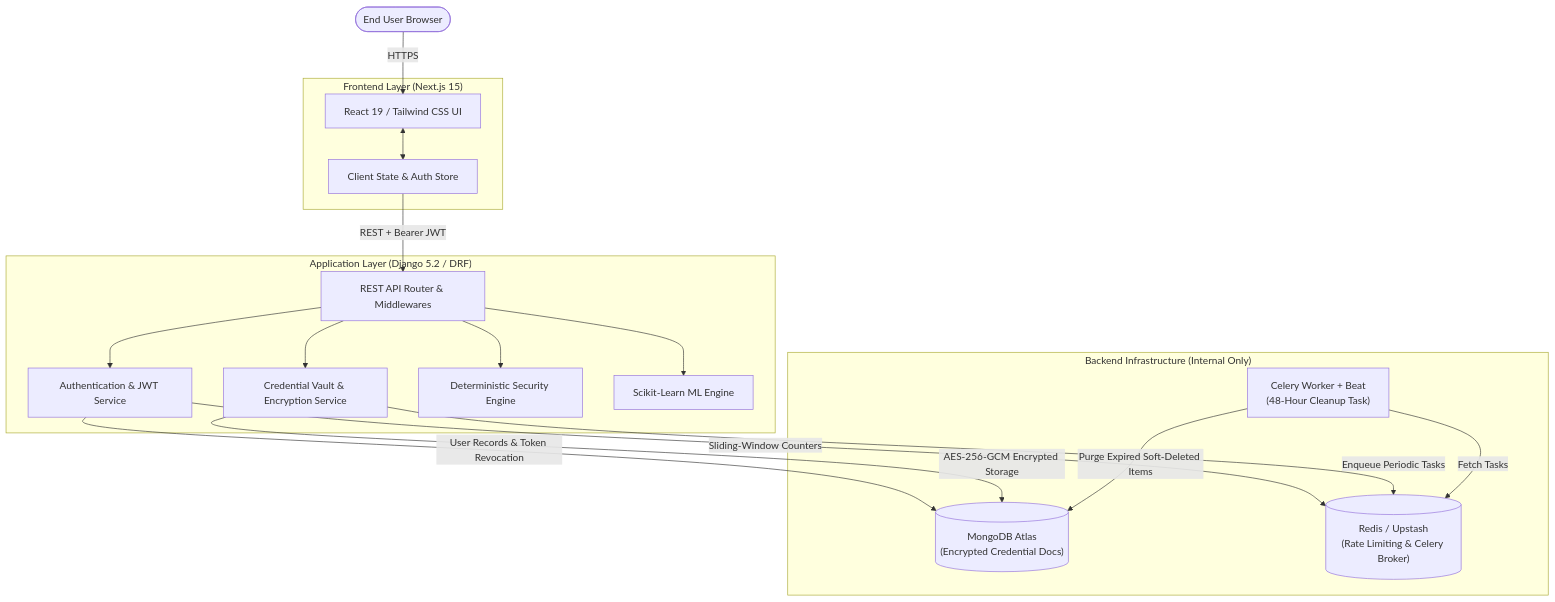
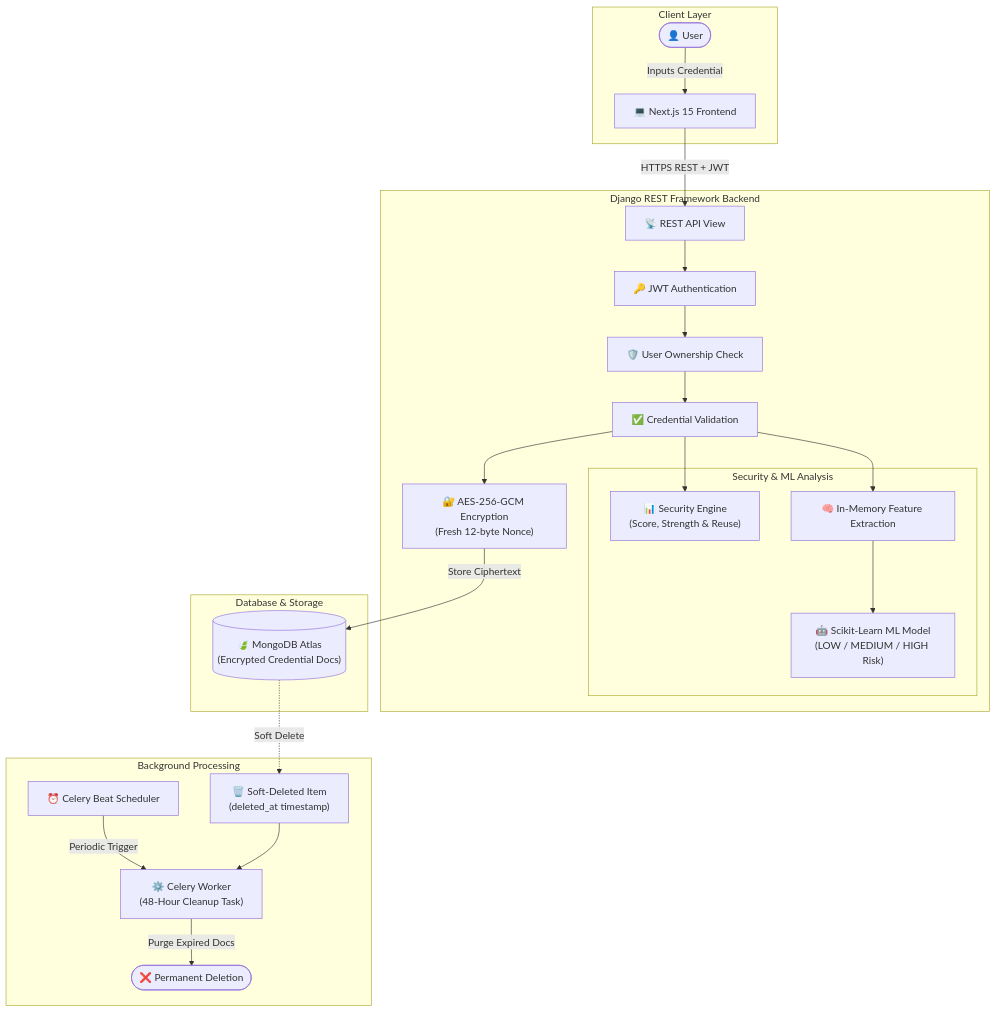
One commit to shubhamjrd4559-sudo/KeyVaultAI changed the diagram in README.md. Above: the diagram before and after it, drawn with Mermaid. The commit also changed other lines of this file, not shown here.

Commit message:
docs: simplify and redesign README for B.Tech project presentation with workflow diagram

````diff
--- a/README.md
+++ b/README.md
@@ -139,41 +63,49 @@
 ```mermaid
 flowchart TD
-    User([End User Browser])
-
-    subgraph Presentation ["Frontend Layer (Next.js 15)"]
-        UI["React 19 / Tailwind CSS UI"]
-        State["Client State & Auth Store"]
+    subgraph Client ["Client Layer"]
+        User(["👤 User"])
+        Next["💻 Next.js 15 Frontend"]
     end
 
-    subgraph Backend ["Application Layer (Django 5.2 / DRF)"]
-        API["REST API Router & Middlewares"]
-        AuthModule["Authentication & JWT Service"]
-        VaultModule["Credential Vault & Encryption Service"]
-        SecModule["Deterministic Security Engine"]
-        MLModule["Scikit-Learn ML Engine"]
+    subgraph Backend ["Django REST Framework Backend"]
+        API["📡 REST API View"]
+        JWT["🔑 JWT Authentication"]
+        Owner["🛡️ User Ownership Check"]
+        Val["✅ Credential Validation"]
+        
+        subgraph Security ["Security & ML Analysis"]
+            Sec["📊 Security Engine\n(Score, Strength & Reuse)"]
+            MLFeat["🧠 In-Memory Feature Extraction"]
+            MLModel["🤖 Scikit-Learn ML Model\n(LOW / MEDIUM / HIGH Risk)"]
+        end
+        
+        Crypto["🔐 AES-256-GCM Encryption\n(Fresh 12-byte Nonce)"]
     end
 
-    subgraph Persistence ["Backend Infrastructure (Internal Only)"]
-        Mongo[("MongoDB Atlas\n(Encrypted Credential Docs)")]
-        RedisCache[("Redis / Upstash\n(Rate Limiting & Celery Broker)")]
-        Worker["Celery Worker + Beat\n(48-Hour Cleanup Task)"]
+    subgraph Storage ["Database & Storage"]
+        Atlas[("🍃 MongoDB Atlas\n(Encrypted Credential Docs)")]
     end
 
-    User -->|HTTPS| UI
-    UI <--> State
-    State -->|REST + Bearer JWT| API
-    
-    API --> AuthModule
-    API --> VaultModule
-    API --> SecModule
-    API --> MLModule
+    subgraph Background ["Background Processing"]
+        SoftDel["🗑️ Soft-Deleted Item\n(deleted_at timestamp)"]
+        Beat["⏰ Celery Beat Scheduler"]
+        Worker["⚙️ Celery Worker\n(48-Hour Cleanup Task)"]
+        Purge(["❌ Permanent Deletion"])
+    end
 
-    AuthModule -->|User Records & Token Revocation| Mongo
-    AuthModule -->|Sliding-Window Counters| RedisCache
+    User -->|Inputs Credential| Next
+    Next -->|HTTPS REST + JWT| API
+    API --> JWT
+    JWT --> Owner
+    Owner --> Val
+    Val --> Sec
+    Val --> MLFeat
+    MLFeat --> MLModel
+    Val --> Crypto
+    Crypto -->|Store Ciphertext| Atlas
 
-    VaultModule -->|AES-256-GCM Encrypted Storage| Mongo
-    VaultModule -->|Enqueue Periodic Tasks| RedisCache
-
-    Worker -->|Fetch Tasks| RedisCache
-    Worker -->|Purge Expired Soft-Deleted Items| Mongo
+    Atlas -.->|Soft Delete| SoftDel
+    Beat -->|Periodic Trigger| Worker
+    SoftDel --> Worker
+    Worker -->|Purge Expired Docs| Purge
 ```
````
